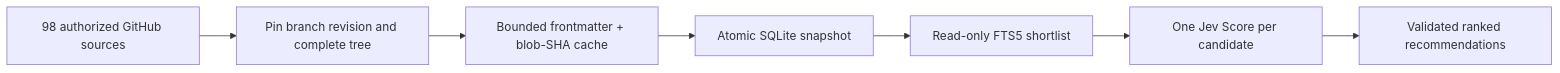
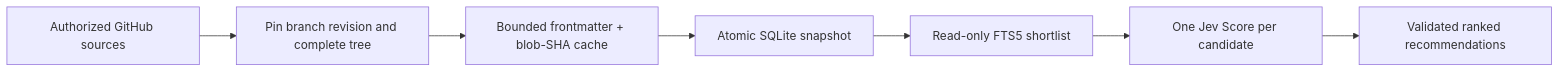
One commit to King4s/jev-skill-router changed the diagram in README.md. Above: the diagram before and after it, drawn with Mermaid. The commit also changed other lines of this file and 1 other file, not shown here.

````diff
--- a/README.md
+++ b/README.md
@@ -83,9 +86,9 @@
 ```mermaid
 flowchart LR
-    A[98 authorized GitHub sources] --> B[Pin branch revision and complete tree]
+    A[Authorized GitHub sources] --> B[Pin branch revision and complete tree]
     B --> C[Bounded frontmatter + blob-SHA cache]
     C --> D[Atomic SQLite snapshot]
     D --> E[Read-only FTS5 shortlist]
     E --> F[One Jev Score per candidate]
     F --> G[Validated ranked recommendations]
 ```
````
